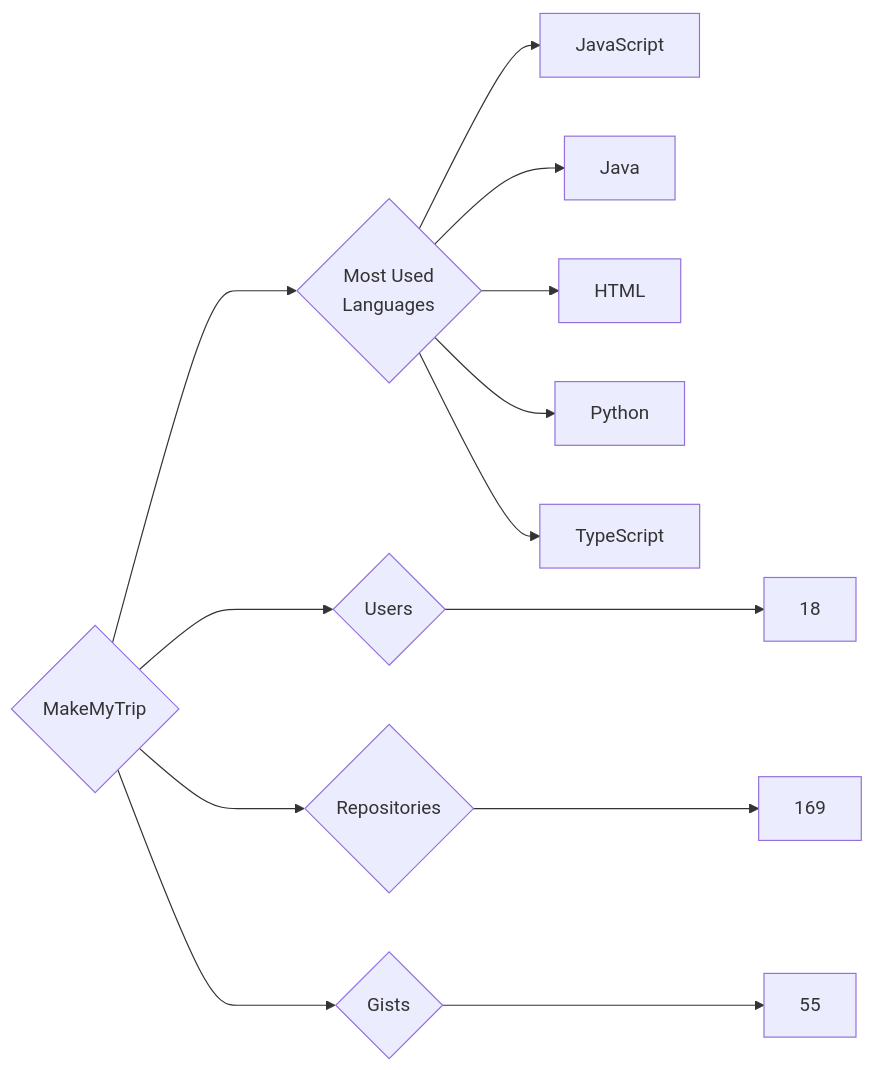
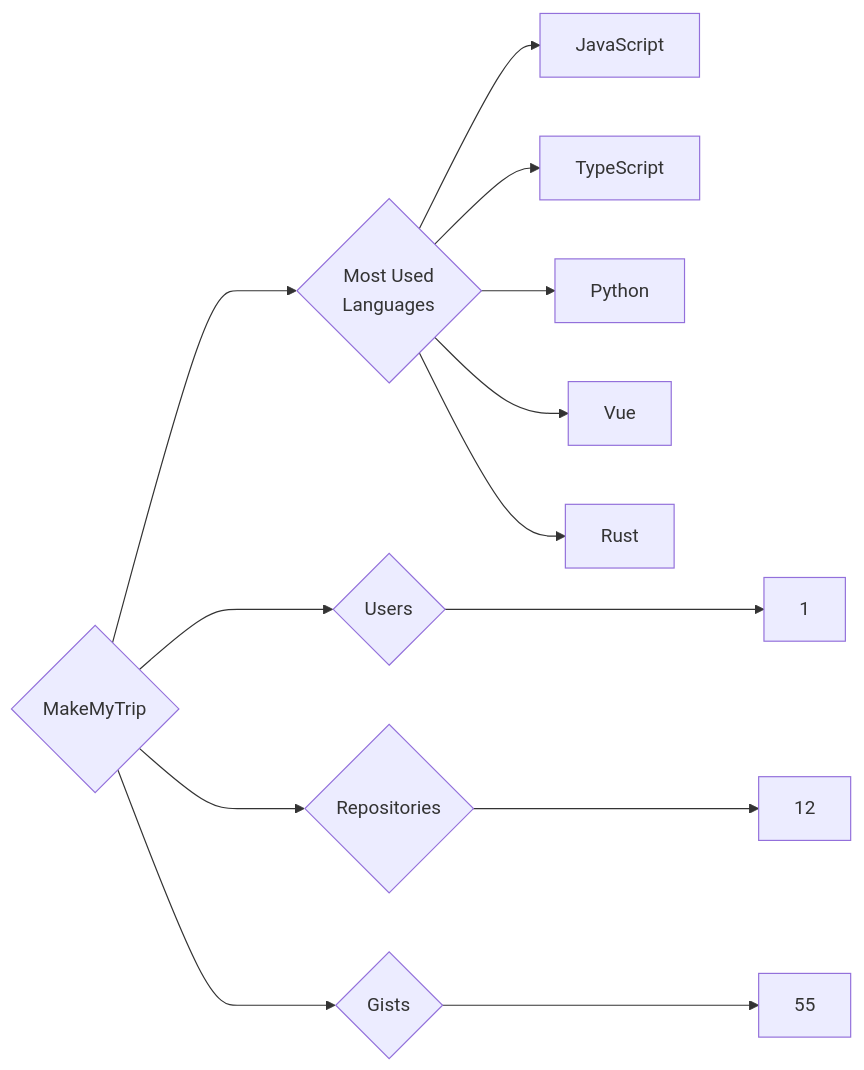
The diagram in targets/MakeMyTrip/README.md (trickest/insiders), drawn with Mermaid before and after one commit. The commit also changed 814 other files, not shown here.

````diff
--- a/targets/MakeMyTrip/README.md
+++ b/targets/MakeMyTrip/README.md
@@ -3,13 +3,13 @@
 ```mermaid
 graph LR
 COMPANY_NAME{MakeMyTrip}
-COMPANY_NAME ---> U{Users} ---> UN[18]
-COMPANY_NAME ---> R{Repositories} ---> RN[169]
+COMPANY_NAME ---> U{Users} ---> UN[1]
+COMPANY_NAME ---> R{Repositories} ---> RN[12]
 COMPANY_NAME ---> G{Gists} ---> GN[55]
 COMPANY_NAME ---> ML{Most Used<br>Languages}
 ML --> JavaScript[JavaScript]
-ML --> Java[Java]
-ML --> HTML[HTML]
+ML --> TypeScript[TypeScript]
 ML --> Python[Python]
-ML --> TypeScript[TypeScript]
+ML --> Vue[Vue]
+ML --> Rust[Rust]
 ```
````
